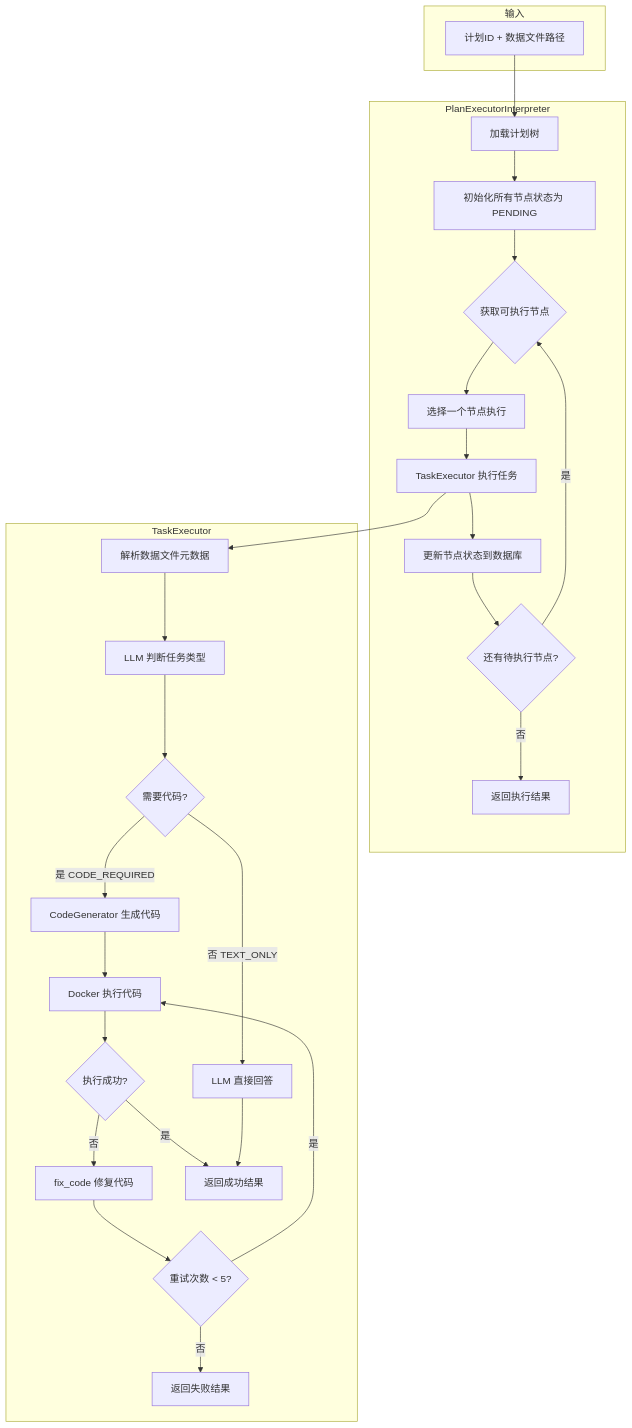
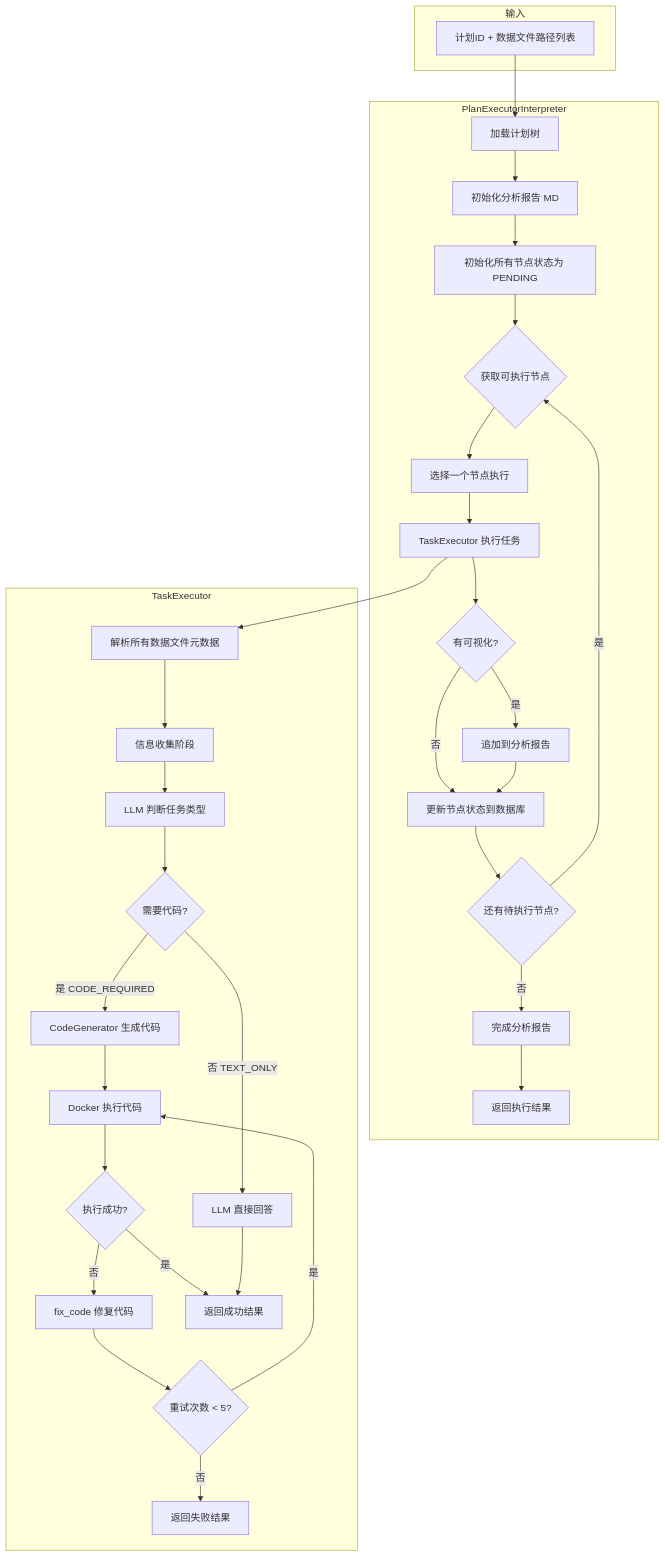
Before and after one commit to Org-GAgent/result-interpreter: the first of 6 diagrams in app/services/interpreter/docs/interpreter_workflow.md, drawn with Mermaid. The commit also changed other lines of this file and 19 other files, not shown here.

````diff
--- a/app/services/interpreter/docs/interpreter_workflow.md
+++ b/app/services/interpreter/docs/interpreter_workflow.md
@@ -33,55 +33,66 @@
 ```mermaid
 flowchart TD
     subgraph 输入
-        A[计划ID + 数据文件路径]
+        A[计划ID + 数据文件路径列表]
     end
 
     subgraph PlanExecutorInterpreter
         B[加载计划树]
+        B1[初始化分析报告 MD]
         C[初始化所有节点状态为 PENDING]
         D{获取可执行节点}
         E[选择一个节点执行]
         F[TaskExecutor 执行任务]
+        F_VIS{有可视化?}
+        F_VIS_Y[追加到分析报告]
         G[更新节点状态到数据库]
         H{还有待执行节点?}
-        I[返回执行结果]
+        I[完成分析报告]
+        J[返回执行结果]
     end
 
     subgraph TaskExecutor
-        F1[解析数据文件元数据]
-        F2[LLM 判断任务类型]
-        F3{需要代码?}
-        F4[CodeGenerator 生成代码]
-        F5[Docker 执行代码]
-        F6{执行成功?}
-        F7[fix_code 修复代码]
-        F8{重试次数 < 5?}
-        F9[返回成功结果]
-        F10[返回失败结果]
-        F11[LLM 直接回答]
+        F1[解析所有数据文件元数据]
+        F2[信息收集阶段]
+        F3[LLM 判断任务类型]
+        F4{需要代码?}
+        F5[CodeGenerator 生成代码]
+        F6[Docker 执行代码]
+        F7{执行成功?}
+        F8[fix_code 修复代码]
+        F9{重试次数 < 5?}
+        F10[返回成功结果]
+        F11[返回失败结果]
+        F12[LLM 直接回答]
     end
 
     A --> B
-    B --> C
+    B --> B1
+    B1 --> C
     C --> D
     D --> E
     E --> F
-    F --> G
+    F --> F_VIS
+    F_VIS -->|是| F_VIS_Y
+    F_VIS -->|否| G
+    F_VIS_Y --> G
     G --> H
     H -->|是| D
     H -->|否| I
+    I --> J
 
     F --> F1
     F1 --> F2
     F2 --> F3
-    F3 -->|是 CODE_REQUIRED| F4
-    F3 -->|否 TEXT_ONLY| F11
-    F4 --> F5
+    F3 --> F4
+    F4 -->|是 CODE_REQUIRED| F5
+    F4 -->|否 TEXT_ONLY| F12
     F5 --> F6
-    F6 -->|是| F9
-    F6 -->|否| F7
-    F7 --> F8
-    F8 -->|是| F5
-    F8 -->|否| F10
-    F11 --> F9
+    F6 --> F7
+    F7 -->|是| F10
+    F7 -->|否| F8
+    F8 --> F9
+    F9 -->|是| F6
+    F9 -->|否| F11
+    F12 --> F10
 ```
````
